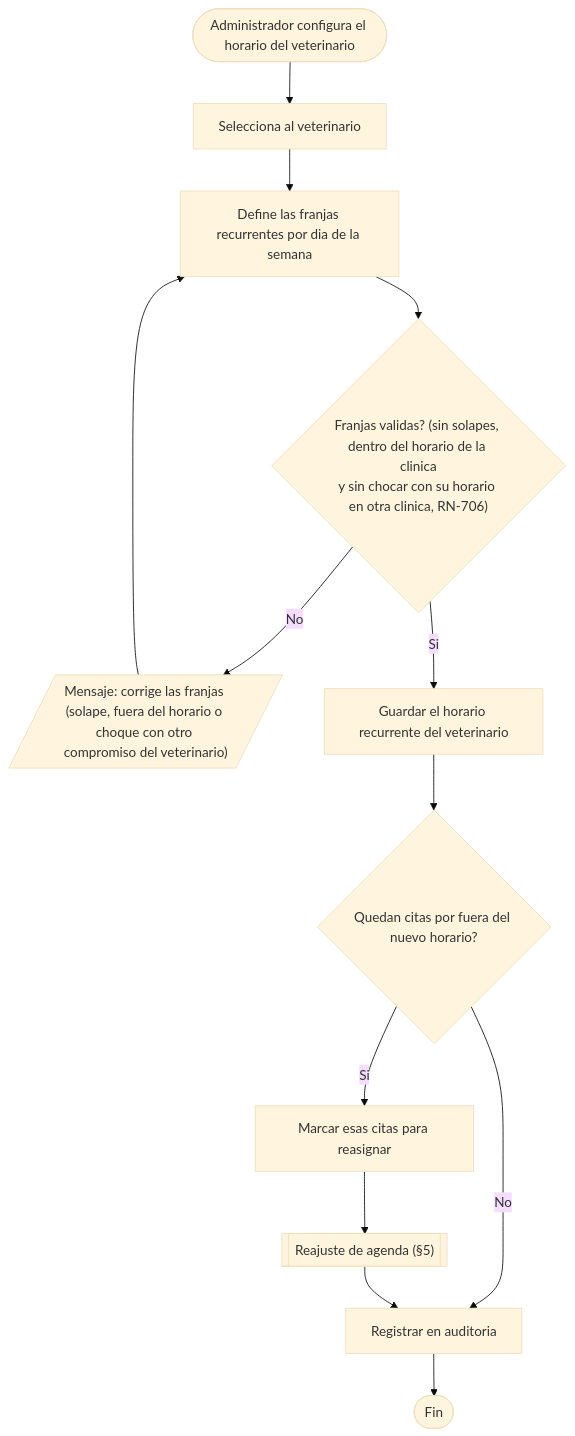
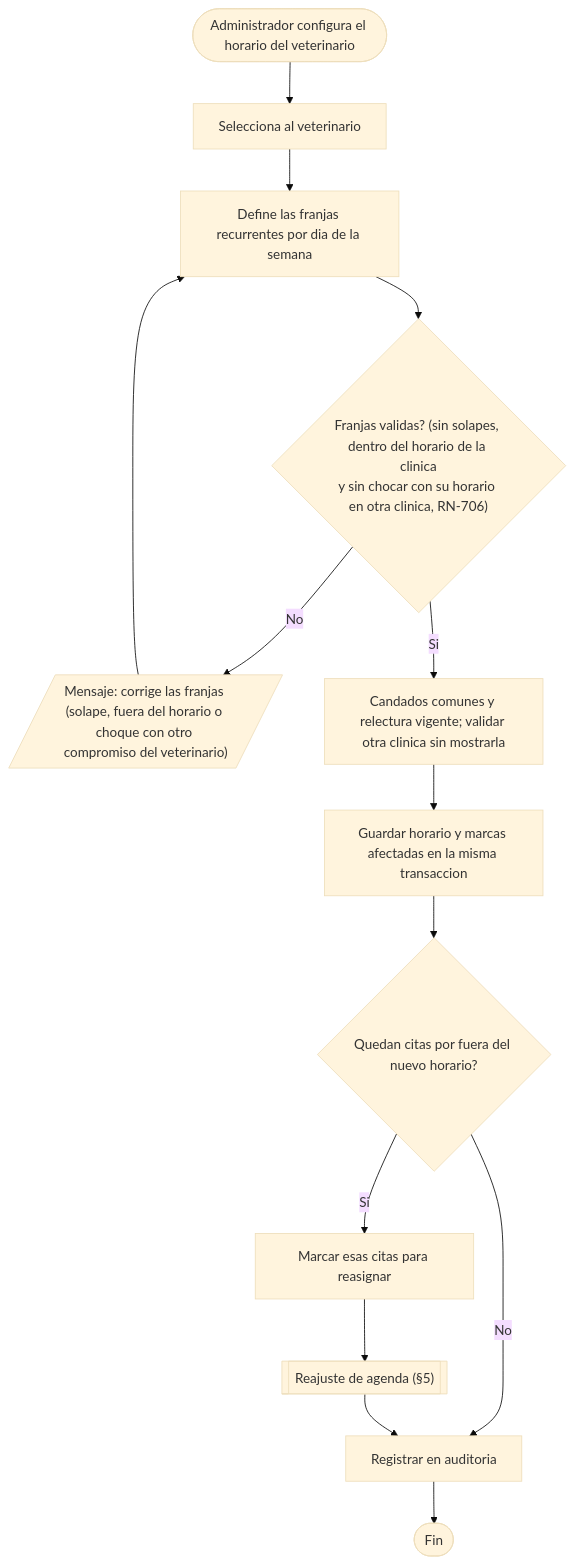
Before and after one commit to carvajal7lsch-commits/Zooki: the eighth of 26 diagrams in documentacion/Modelos.md, drawn with Mermaid (base theme). The commit also changed other lines of this file and 10 other files, not shown here.

````diff
--- a/documentacion/Modelos.md
+++ b/documentacion/Modelos.md
@@ -348,15 +375,16 @@
 ```mermaid
 flowchart TD
   A([Administrador configura el horario del veterinario]) --> B[Selecciona al veterinario]
   B --> C[Define las franjas recurrentes por dia de la semana]
   C --> D{"Franjas validas? (sin solapes, dentro del horario de la clinica<br/>y sin chocar con su horario en otra clinica, RN-706)"}
   D -- No --> D1[/"Mensaje: corrige las franjas (solape, fuera del horario o choque con otro compromiso del veterinario)"/]
   D1 --> C
-  D -- Si --> E[Guardar el horario recurrente del veterinario]
+  D -- Si --> TX["Candados comunes y relectura vigente; validar otra clinica sin mostrarla"]
+  TX --> E[Guardar horario y marcas afectadas en la misma transaccion]
   E --> F{Quedan citas por fuera del nuevo horario?}
   F -- Si --> G[Marcar esas citas para reasignar]
   G --> H[["Reajuste de agenda (§5)"]]
   F -- No --> I[Registrar en auditoria]
   H --> I
   I --> J([Fin])
 ```
````
